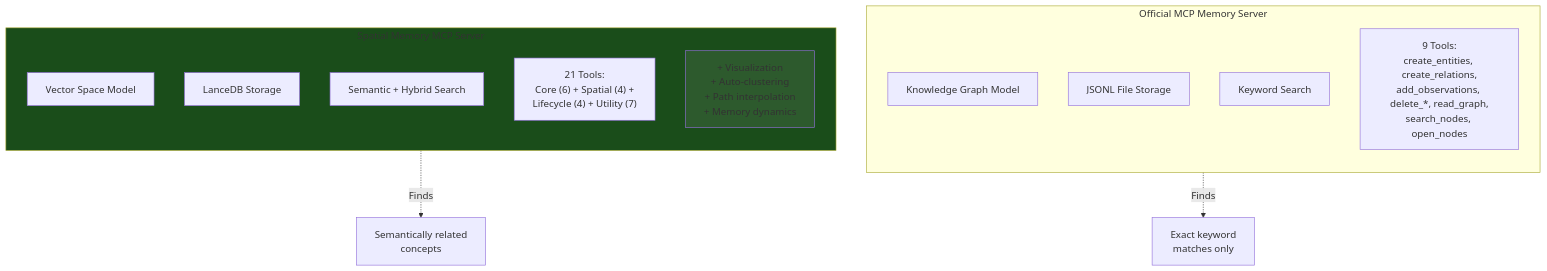
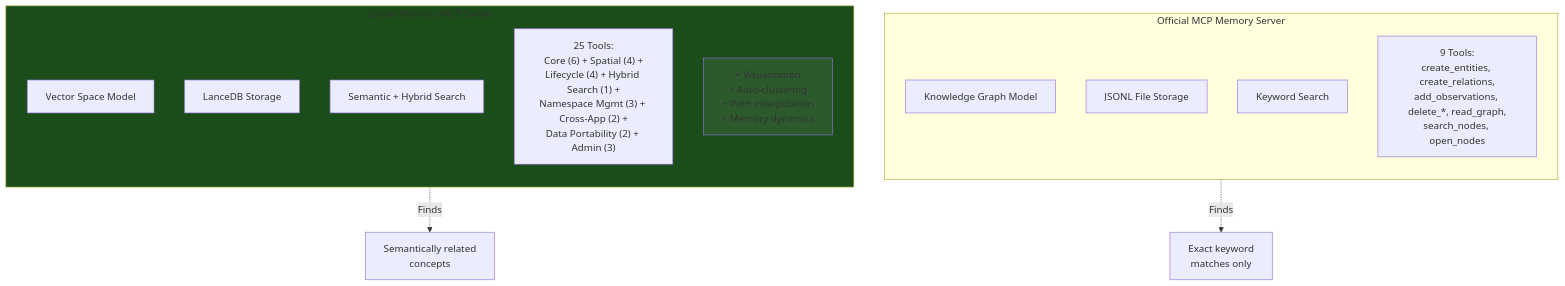
Diagram 12 of 14 in SPATIAL-MEMORY-ARCHITECTURE-DIAGRAMS.md (arman-tech/spatial-memory-mcp), drawn with Mermaid before and after one commit. The commit also changed other lines of this file and 19 other files, not shown here.

````diff
--- a/SPATIAL-MEMORY-ARCHITECTURE-DIAGRAMS.md
+++ b/SPATIAL-MEMORY-ARCHITECTURE-DIAGRAMS.md
@@ -436,25 +472,25 @@
 ```mermaid
 flowchart TB
     subgraph Official["Official MCP Memory Server"]
         direction TB
         OModel["Knowledge Graph Model"]
         OStore["JSONL File Storage"]
         OSearch["Keyword Search"]
         OTools["9 Tools:<br/>create_entities, create_relations,<br/>add_observations, delete_*, read_graph,<br/>search_nodes, open_nodes"]
     end
     
     subgraph Ours["Spatial Memory MCP Server"]
         direction TB
         SModel["Vector Space Model"]
         SStore["LanceDB Storage"]
         SSearch["Semantic + Hybrid Search"]
-        STools["21 Tools:<br/>Core (6) + Spatial (4) +<br/>Lifecycle (4) + Utility (7)"]
+        STools["25 Tools:<br/>Core (6) + Spatial (4) +<br/>Lifecycle (4) + Hybrid Search (1) +<br/>Namespace Mgmt (3) + Cross-App (2) +<br/>Data Portability (2) + Admin (3)"]
         SExtra["+ Visualization<br/>+ Auto-clustering<br/>+ Path interpolation<br/>+ Memory dynamics"]
     end
     
     Official -.->|"Finds"| Keyword["Exact keyword<br/>matches only"]
     Ours -.->|"Finds"| Semantic["Semantically related<br/>concepts"]
     
     style Ours fill:#1a4d1a
     style SExtra fill:#2d5a2d
 ```
````
